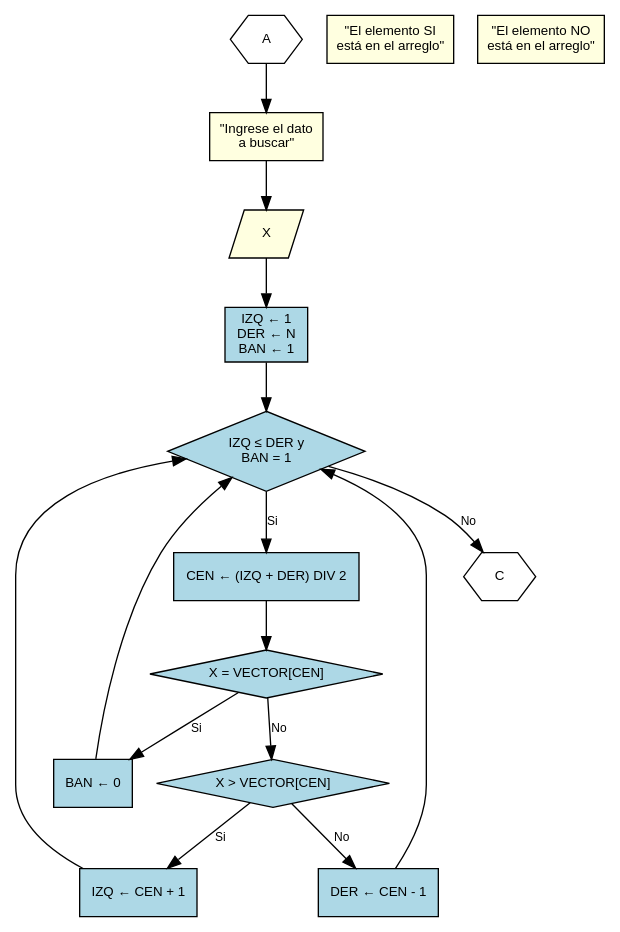
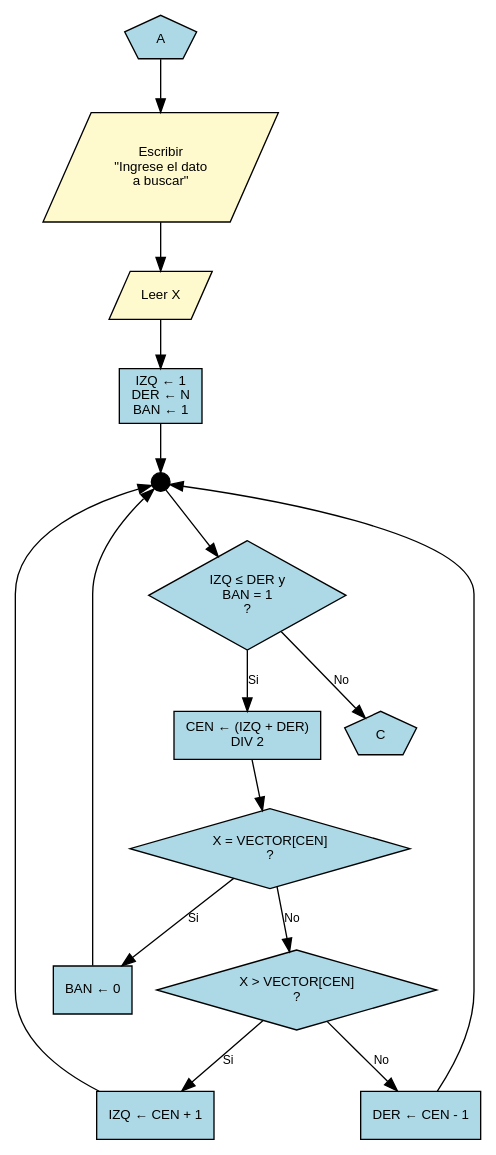
One commit to D1egoXD/JAVA-TICS changed the diagram in diagramas/ejemplo_4_7_parte_b.dot. Above: the diagram before and after it, drawn with Graphviz. The commit also changed 3 other files, not shown here.

Commit message:
Actualizar ejemplo 4.7 - Búsqueda binaria con estructura del código

```diff
--- a/diagramas/ejemplo_4_7_parte_b.dot
+++ b/diagramas/ejemplo_4_7_parte_b.dot
@@ -1,51 +1,53 @@
-digraph problema_4_7_parte_2 {
+digraph BusquedaBinaria_Parte_B {
     // Configuración general
     rankdir=TB;
-    node [shape=box, style=filled, fillcolor=lightblue, fontname="Arial", fontsize=10];
+    node [shape=box, style=filled, fontname="Arial", fontsize=10];
     edge [fontname="Arial", fontsize=9];
 
     // Conector de entrada
-    conector_a [label="A", shape=hexagon, fillcolor=white];
+    conectorA [label="A", shape=pentagon, fillcolor="#ADD8E6", color=black, fontcolor=black];
 
-    // Nodos de entrada/salida (paralelogramos con color amarillo)
-    pedir_x [label="\"Ingrese el dato\na buscar\"", shape=box, fillcolor=lightyellow];
-    leer_x [label="X", shape=parallelogram, fillcolor=lightyellow];
-    encontrado [label="\"El elemento SI\nestá en el arreglo\"", shape=box, fillcolor=lightyellow];
-    no_encontrado [label="\"El elemento NO\nestá en el arreglo\"", shape=box, fillcolor=lightyellow];
+    // Entrada/Salida
+    msgX [label="Escribir\n\"Ingrese el dato\na buscar\"", shape=parallelogram, fillcolor="#FFFACD", color=black, fontcolor=black];
+    leerX [label="Leer X", shape=parallelogram, fillcolor="#FFFACD", color=black, fontcolor=black];
 
-    // Nodos de proceso (rectángulos con color azul claro)
-    init_vars [label="IZQ ← 1\nDER ← N\nBAN ← 1", shape=box, fillcolor=lightblue];
-    calc_cen [label="CEN ← (IZQ + DER) DIV 2", shape=box, fillcolor=lightblue];
-    set_ban [label="BAN ← 0", shape=box, fillcolor=lightblue];
-    set_izq [label="IZQ ← CEN + 1", shape=box, fillcolor=lightblue];
-    set_der [label="DER ← CEN - 1", shape=box, fillcolor=lightblue];
+    // Proceso
+    initVars [label="IZQ ← 1\nDER ← N\nBAN ← 1", shape=box, fillcolor="#ADD8E6", color=black, fontcolor=black];
+    calcCen [label="CEN ← (IZQ + DER)\nDIV 2", shape=box, fillcolor="#ADD8E6", color=black, fontcolor=black];
+    setBan [label="BAN ← 0", shape=box, fillcolor="#ADD8E6", color=black, fontcolor=black];
+    setIzq [label="IZQ ← CEN + 1", shape=box, fillcolor="#ADD8E6", color=black, fontcolor=black];
+    setDer [label="DER ← CEN - 1", shape=box, fillcolor="#ADD8E6", color=black, fontcolor=black];
 
-    // Nodos de decisión (diamantes con color azul claro)
-    check_loop [label="IZQ ≤ DER y\nBAN = 1", shape=diamond, fillcolor=lightblue];
-    check_igual [label="X = VECTOR[CEN]", shape=diamond, fillcolor=lightblue];
-    check_mayor [label="X > VECTOR[CEN]", shape=diamond, fillcolor=lightblue];
+    // Decisiones
+    checkLoop [label="IZQ ≤ DER y\nBAN = 1\n?", shape=diamond, fillcolor="#ADD8E6", color=black, fontcolor=black];
+    checkIgual [label="X = VECTOR[CEN]\n?", shape=diamond, fillcolor="#ADD8E6", color=black, fontcolor=black];
+    checkMayor [label="X > VECTOR[CEN]\n?", shape=diamond, fillcolor="#ADD8E6", color=black, fontcolor=black];
+
+    // Convergencia
+    converge1 [label="", shape=circle, width=0.2, height=0.2, fillcolor=black, color=black];
 
     // Conector de salida
-    conector_c [label="C", shape=hexagon, fillcolor=white];
+    conectorC [label="C", shape=pentagon, fillcolor="#ADD8E6", color=black, fontcolor=black];
 
     // Conexiones
-    conector_a -> pedir_x;
-    pedir_x -> leer_x;
-    leer_x -> init_vars;
-    init_vars -> check_loop;
+    conectorA -> msgX;
+    msgX -> leerX;
+    leerX -> initVars;
+    initVars -> converge1;
+    converge1 -> checkLoop;
     
-    check_loop -> calc_cen [label="Si"];
-    check_loop -> conector_c [label="No"];
+    checkLoop -> calcCen [label="Si"];
+    checkLoop -> conectorC [label="No"];
     
-    calc_cen -> check_igual;
+    calcCen -> checkIgual;
     
-    check_igual -> set_ban [label="Si"];
-    check_igual -> check_mayor [label="No"];
+    checkIgual -> setBan [label="Si"];
+    checkIgual -> checkMayor [label="No"];
     
-    check_mayor -> set_izq [label="Si"];
-    check_mayor -> set_der [label="No"];
+    checkMayor -> setIzq [label="Si"];
+    checkMayor -> setDer [label="No"];
     
-    set_ban -> check_loop;
-    set_izq -> check_loop;
-    set_der -> check_loop;
+    setBan -> converge1;
+    setIzq -> converge1;
+    setDer -> converge1;
 }
```
